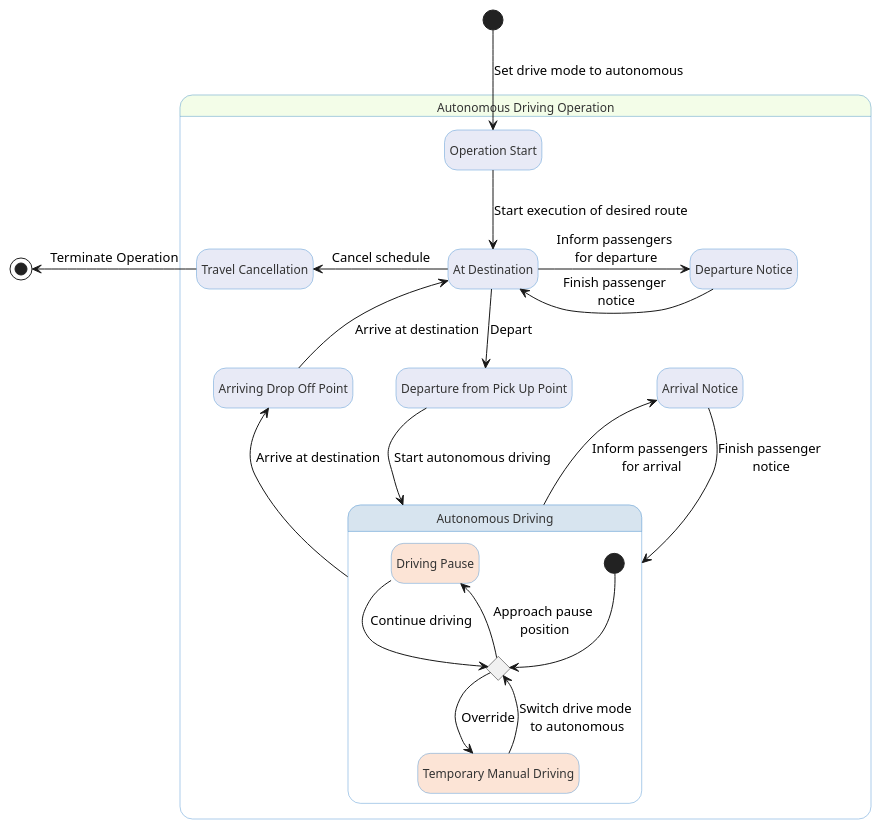
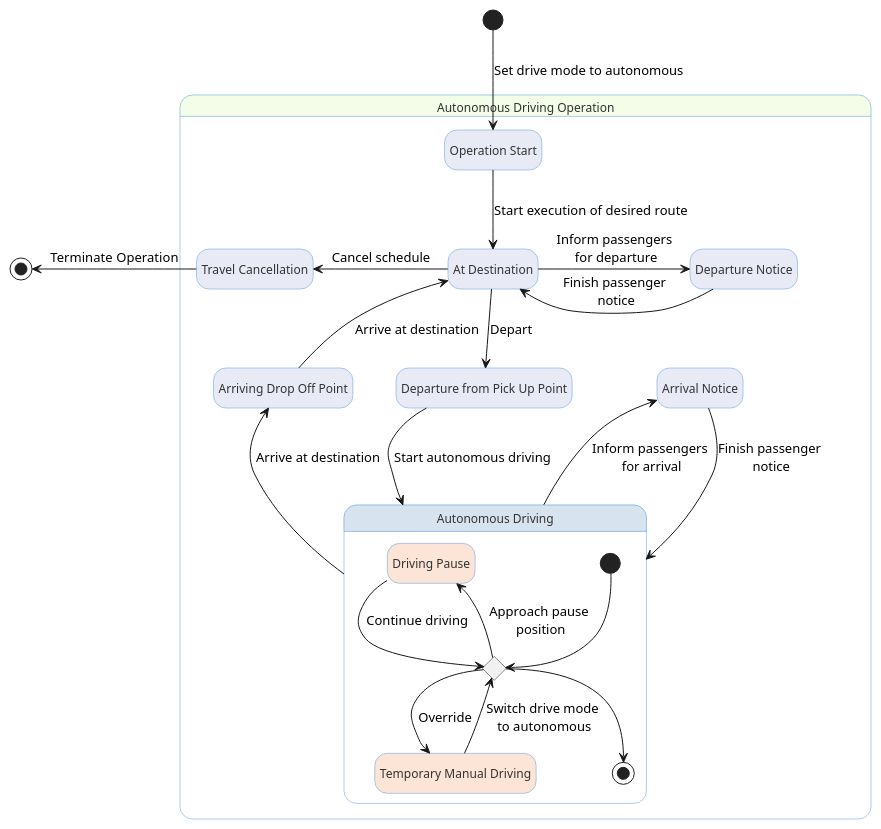
The diagram in robotaxi/service_features/overview/autonomous_driving_operation.wsd (leo-drive/reference_design_diagrams), drawn with PlantUML before and after one commit.

Commit message:
add missing end point in ad operation diagram

```diff
--- a/robotaxi/service_features/overview/autonomous_driving_operation.wsd
+++ b/robotaxi/service_features/overview/autonomous_driving_operation.wsd
@@ -1,57 +1,58 @@
 @startuml
 hide empty description
 skinparam backgroundColor #FFFFFF
 skinparam state {
   BackgroundColor #F3FDE8
   BorderColor #5B9BD5
   FontSize 12
   FontColor #333333
 }
 
 /' Define states in the Autonomous Driving Operation '/
 state "Autonomous Driving Operation" as AutonomousDrivingOperation {
 
      state "Arriving Drop Off Point" as ArrivingDropOffPoint #E8EAF6
      state "Operation Start" as OperationStart #E8EAF6
      state "Travel Cancellation" as TravelCancellation #E8EAF6
      state "At Destination" as AtDestination #E8EAF6
      state "Departure Notice" as DepartureNotice #E8EAF6
      state "Departure from Pick Up Point" as DepartureFromPickUpPoint #E8EAF6
      state "Arrival Notice" as ArrivalNotice #E8EAF6
 
     state "Autonomous Driving" as AutonomousDriving #D7E4EF {
     state "Driving Pause" as DrivingPause #FCE4D6
     state "Temporary Manual Driving" as TemporaryManualDriving #FCE4D6
 
     state c <<choice>> 
     [*] --> c
     c --> DrivingPause : Approach pause\n position
     DrivingPause --> c : Continue driving
     c --> TemporaryManualDriving : Override
     TemporaryManualDriving --> c : Switch drive mode\n to autonomous
+    c --> [*]
 }
 }
 
 
 
 /' Transitions and flow of operations '/
 /' Start with OperationStart by enabling autonomous mode '/
 [*] -down-> OperationStart : Set drive mode to autonomous
 /' Drive to passenger pickup point via set route by FMS '/
 OperationStart -down-> AtDestination : Start execution of desired route
 /' Before departure, passengers should be notified for upcoming action '/
 AtDestination -right-> DepartureNotice : Inform passengers\n for departure
 DepartureNotice -left-> AtDestination : Finish passenger\n notice
 /' Depart '/
 AtDestination -down-> DepartureFromPickUpPoint : Depart
 DepartureFromPickUpPoint -down-> AutonomousDriving : Start autonomous driving
 /' Before arrival, passengers should be notified for upcoming action '/
 AutonomousDriving -up-> ArrivalNotice : Inform passengers\n for arrival
 ArrivalNotice -down-> AutonomousDriving : Finish passenger\n notice
 /' Arrival '/
 AutonomousDriving -up-> ArrivingDropOffPoint : Arrive at destination
 ArrivingDropOffPoint -up-> AtDestination : Arrive at destination
 /' If the goal position is wrong or autonomous driving should be cancelled '/
 AtDestination -left-> TravelCancellation : Cancel schedule
 TravelCancellation -left-> [*] : Terminate Operation
 @enduml
```
